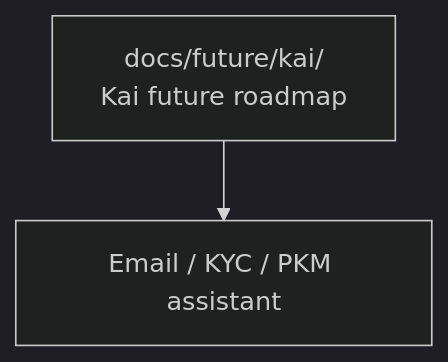
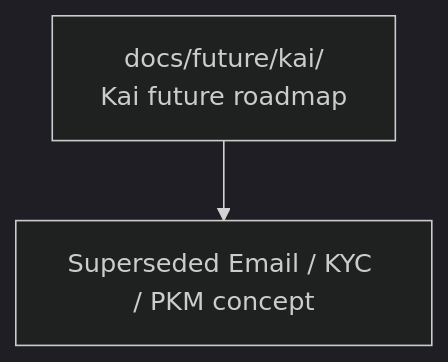
The diagram in docs/future/kai/README.md (hushh-labs/hushh-research), drawn with Mermaid (dark theme) before and after one commit. The commit also changed other lines of this file and 53 other files, not shown here.

````diff
--- a/docs/future/kai/README.md
+++ b/docs/future/kai/README.md
@@ -7,7 +7,7 @@
 ```mermaid
 flowchart TD
   root["docs/future/kai/<br/>Kai future roadmap"]
-  email["Email / KYC / PKM assistant"]
+  email["Superseded Email / KYC / PKM concept"]
 
   root --> email
 ```
````
